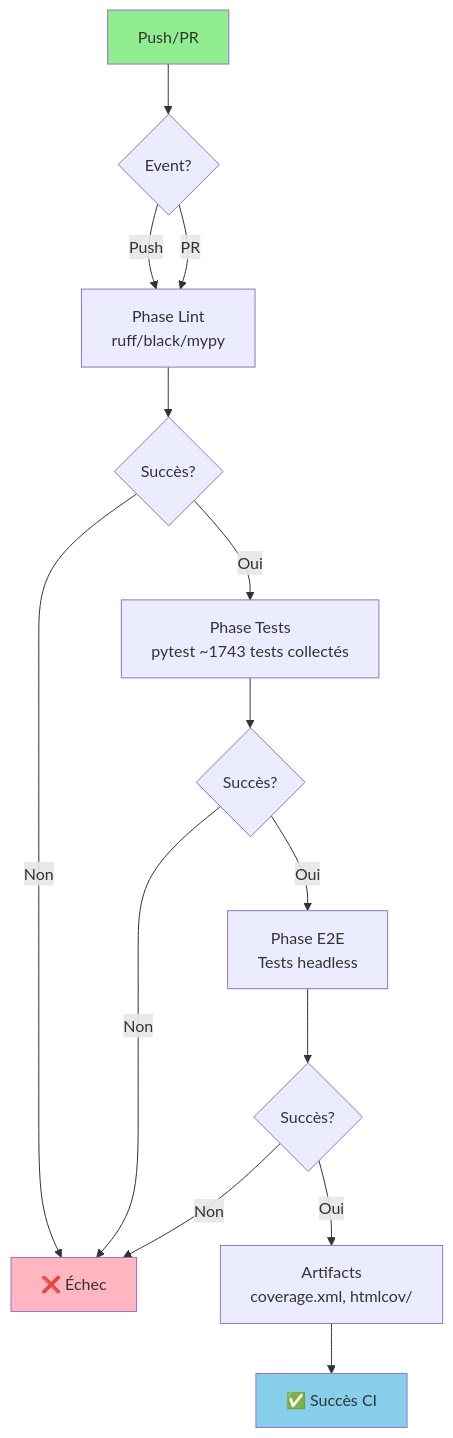
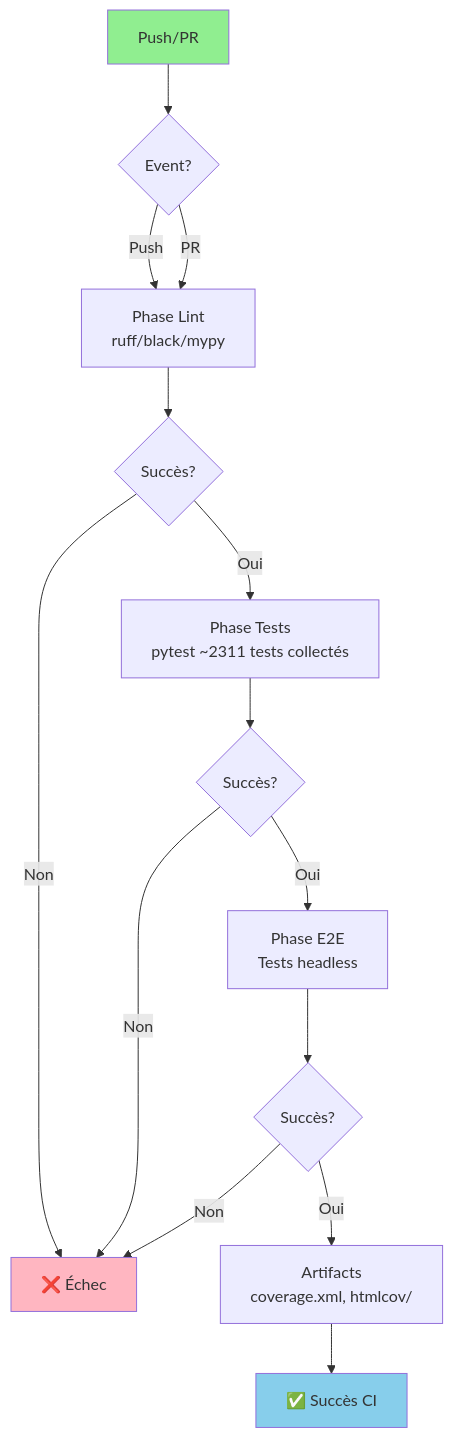
Before and after one commit to arkalia-luna-system/bbia-sim: the first of 2 diagrams in docs/deployment/PIPELINE_CI.md, drawn with Mermaid. The commit also changed other lines of this file and 6 other files, not shown here.

````diff
--- a/docs/deployment/PIPELINE_CI.md
+++ b/docs/deployment/PIPELINE_CI.md
@@ -20,26 +20,26 @@
 ```mermaid 📊
 flowchart TB
     START[Push/PR] --> TRIGGER{Event?}
     
     TRIGGER -->|Push| LINT[Phase Lint<br/>ruff/black/mypy]
     TRIGGER -->|PR| LINT
     
     LINT --> LINT_OK{Succès?}
-    LINT_OK -->|Oui| TESTS[Phase Tests<br/>pytest ~1743 tests collectés]
+    LINT_OK -->|Oui| TESTS[Phase Tests<br/>pytest ~2311 tests collectés]
     LINT_OK -->|Non| FAIL[❌ Échec]
     
     TESTS --> TESTS_OK{Succès?}
     TESTS_OK -->|Oui| E2E[Phase E2E<br/>Tests headless]
     TESTS_OK -->|Non| FAIL
     
     E2E --> E2E_OK{Succès?}
     E2E_OK -->|Oui| ARTIFACTS[Artifacts<br/>coverage.xml, htmlcov/]
     E2E_OK -->|Non| FAIL
     
     ARTIFACTS --> SUCCESS[✅ Succès CI]
     
     style START fill:#90EE90
     style SUCCESS fill:#87CEEB
     style FAIL fill:#FFB6C1
 
 ```
````
